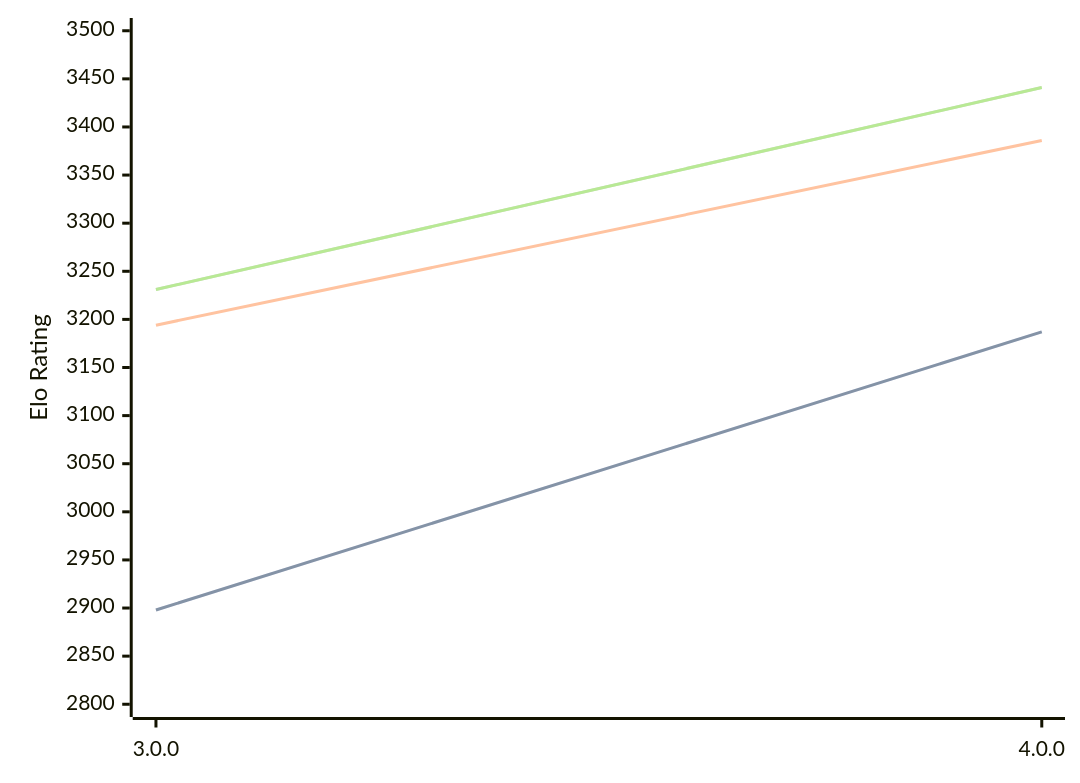
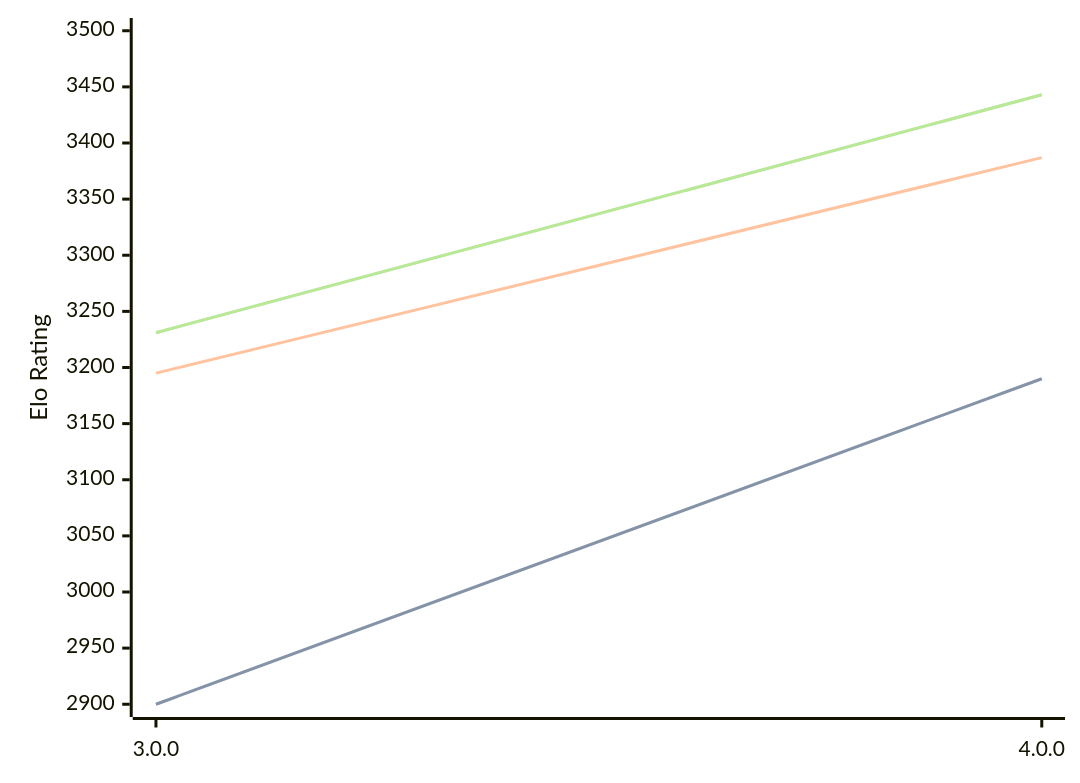
Before and after one commit to computer-chess-index/cci: the diagram in engines/Avalanche.md, drawn with Mermaid. The commit also changed other lines of this file, not shown here.

Commit message:
Update CCI Ratings (ELO VLTC) - 2026-09-14

````diff
--- a/engines/Avalanche.md
+++ b/engines/Avalanche.md
@@ -32,11 +32,11 @@
 ```mermaid
 %%{init: {"theme":"base","themeVariables":{"seriesColors:['#a3a3a3','#222221','#faa371']}}}%%
 xychart-beta
   x-axis ["3.0.0", "4.0.0"]
-  y-axis "Elo Rating" 2800 --> 3500
-  line "" [2898, 3187]
-  line "STC (8.0+0.08s)" [2898, 3187]
-  line "LTC (60.0+0.60s)" [3194, 3386]
-  line "" [3231, 3441]
-  line "VLTC (2m24s+1.12s)" [3231, 3441]
+  y-axis "Elo Rating" 2900 --> 3500
+  line "" [2900, 3190]
+  line "STC (8.0+0.08s)" [2900, 3190]
+  line "LTC (60.0+0.60s)" [3195, 3387]
+  line "" [3231, 3443]
+  line "VLTC (2m24s+1.12s)" [3231, 3443]
 ```
````
